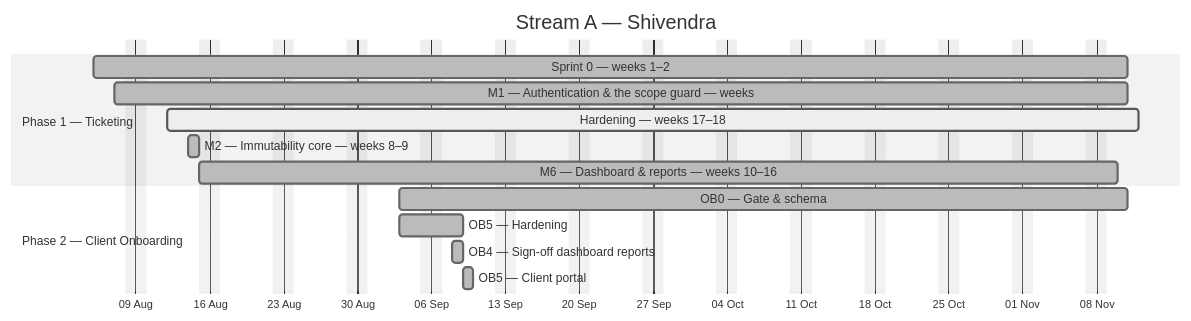
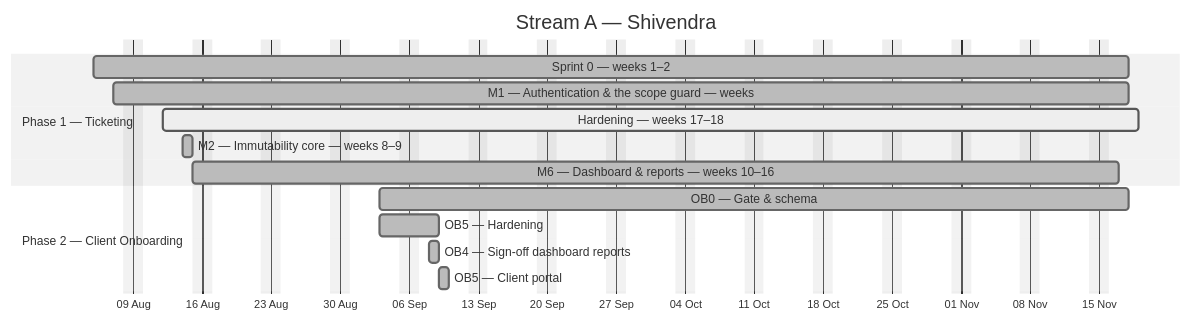
The first of 4 diagrams in docs/plan/GANTT.md (debashisedunext/EduTrack), drawn with Mermaid (neutral theme) before and after one commit. The commit also changed other lines of this file and 2 other files, not shown here.

````diff
--- a/docs/plan/GANTT.md
+++ b/docs/plan/GANTT.md
@@ -114,18 +114,18 @@
 ```mermaid
 gantt
     dateFormat YYYY-MM-DD
     axisFormat %d %b
     title Stream A — Shivendra
     excludes weekends
     section Phase 1 — Ticketing
-    Sprint 0 — weeks 1–2 :done, a0, 2026-08-05, 70d
-    M1 — Authentication & the scope guard — weeks :done, a1, 2026-08-07, 68d
-    Hardening — weeks 17–18 :active, a2, 2026-08-12, 66d
+    Sprint 0 — weeks 1–2 :done, a0, 2026-08-05, 75d
+    M1 — Authentication & the scope guard — weeks :done, a1, 2026-08-07, 73d
+    Hardening — weeks 17–18 :active, a2, 2026-08-12, 71d
     M2 — Immutability core — weeks 8–9 :done, a3, 2026-08-14, 1d
-    M6 — Dashboard & reports — weeks 10–16 :done, a4, 2026-08-15, 62d
+    M6 — Dashboard & reports — weeks 10–16 :done, a4, 2026-08-15, 67d
     section Phase 2 — Client Onboarding
-    OB0 — Gate & schema :done, a5, 2026-09-03, 49d
+    OB0 — Gate & schema :done, a5, 2026-09-03, 54d
     OB5 — Hardening :done, a6, 2026-09-03, 4d
     OB4 — Sign-off  dashboard  reports :done, a7, 2026-09-08, 1d
     OB5 — Client portal :done, a8, 2026-09-09, 1d
 ```
````
